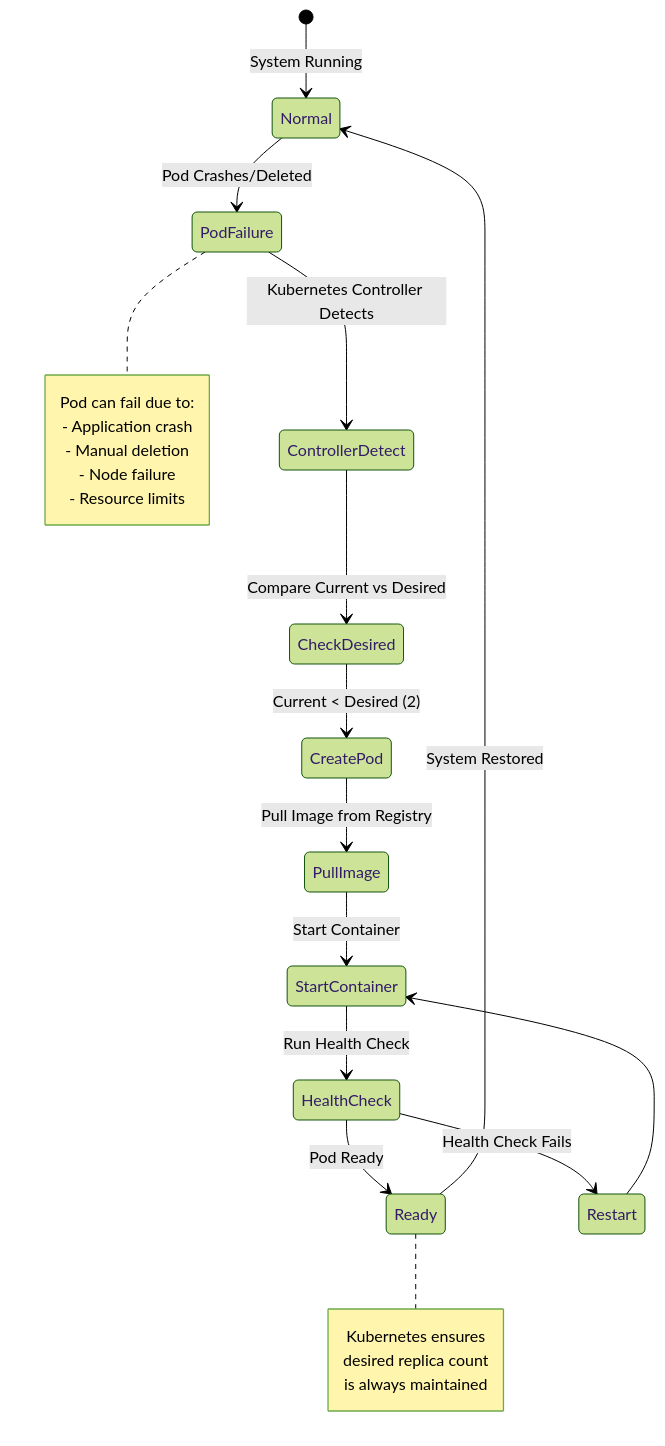
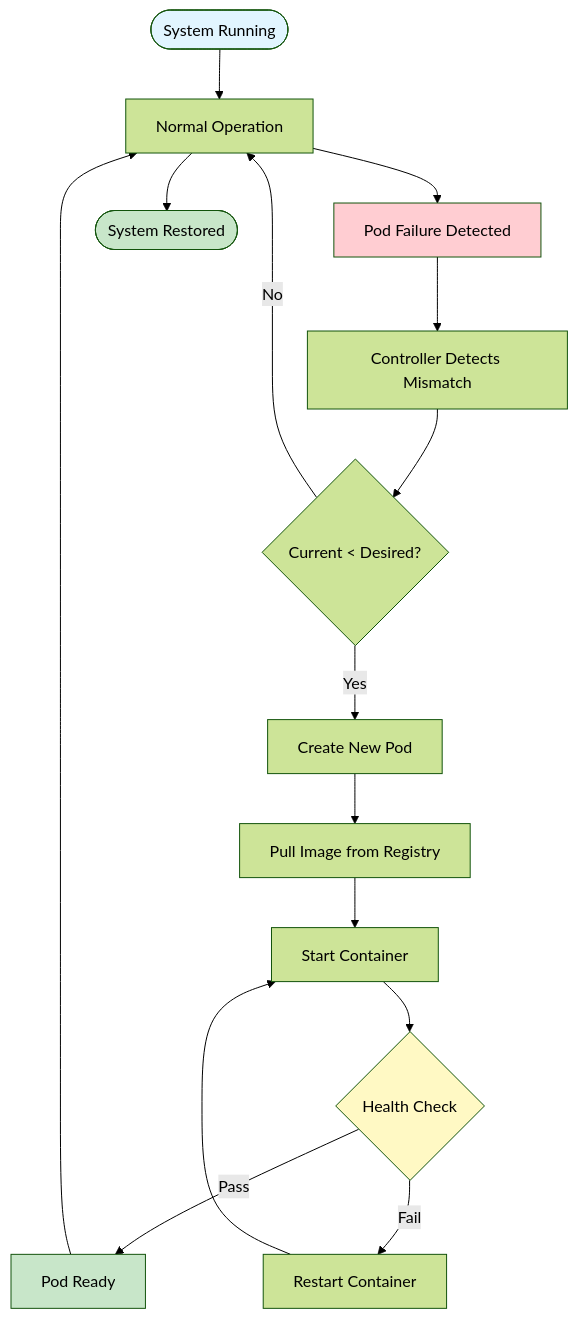
Diagram 14 of 21 in DIAGRAM.md (auspicious27/devops_masterclass-readmee), drawn with Mermaid (forest theme) before and after one commit. The commit also changed other lines of this file, not shown here.

Commit message:
Fix Mermaid diagram syntax errors: Fix state diagrams, ER diagram, and Gantt charts for proper GitHub rendering

````diff
--- a/DIAGRAM.md
+++ b/DIAGRAM.md
@@ -727,29 +723,23 @@
 ```mermaid
-stateDiagram-v2
-    [*] --> Normal: System Running
-    Normal --> PodFailure: Pod Crashes/Deleted
-    PodFailure --> ControllerDetect: Kubernetes Controller Detects
-    ControllerDetect --> CheckDesired: Compare Current vs Desired
-    CheckDesired --> CreatePod: Current < Desired (2)
-    CreatePod --> PullImage: Pull Image from Registry
-    PullImage --> StartContainer: Start Container
-    StartContainer --> HealthCheck: Run Health Check
-    HealthCheck --> Ready: Pod Ready
-    Ready --> Normal: System Restored
-    HealthCheck --> Restart: Health Check Fails
+flowchart TD
+    Start([System Running]) --> Normal[Normal Operation]
+    Normal --> PodFailure[Pod Failure Detected]
+    PodFailure --> ControllerDetect[Controller Detects Mismatch]
+    ControllerDetect --> CheckDesired{Current < Desired?}
+    CheckDesired -->|Yes| CreatePod[Create New Pod]
+    CheckDesired -->|No| Normal
+    CreatePod --> PullImage[Pull Image from Registry]
+    PullImage --> StartContainer[Start Container]
+    StartContainer --> HealthCheck{Health Check}
+    HealthCheck -->|Pass| Ready[Pod Ready]
+    HealthCheck -->|Fail| Restart[Restart Container]
     Restart --> StartContainer
+    Ready --> Normal
+    Normal --> End([System Restored])
     
-    note right of PodFailure
-        Pod can fail due to:
-        - Application crash
-        - Manual deletion
-        - Node failure
-        - Resource limits
-    end note
-    
-    note right of Ready
-        Kubernetes ensures
-        desired replica count
-        is always maintained
-    end note
+    style Start fill:#e1f5ff
+    style End fill:#c8e6c9
+    style PodFailure fill:#ffcdd2
+    style Ready fill:#c8e6c9
+    style HealthCheck fill:#fff9c4
 ```
````
